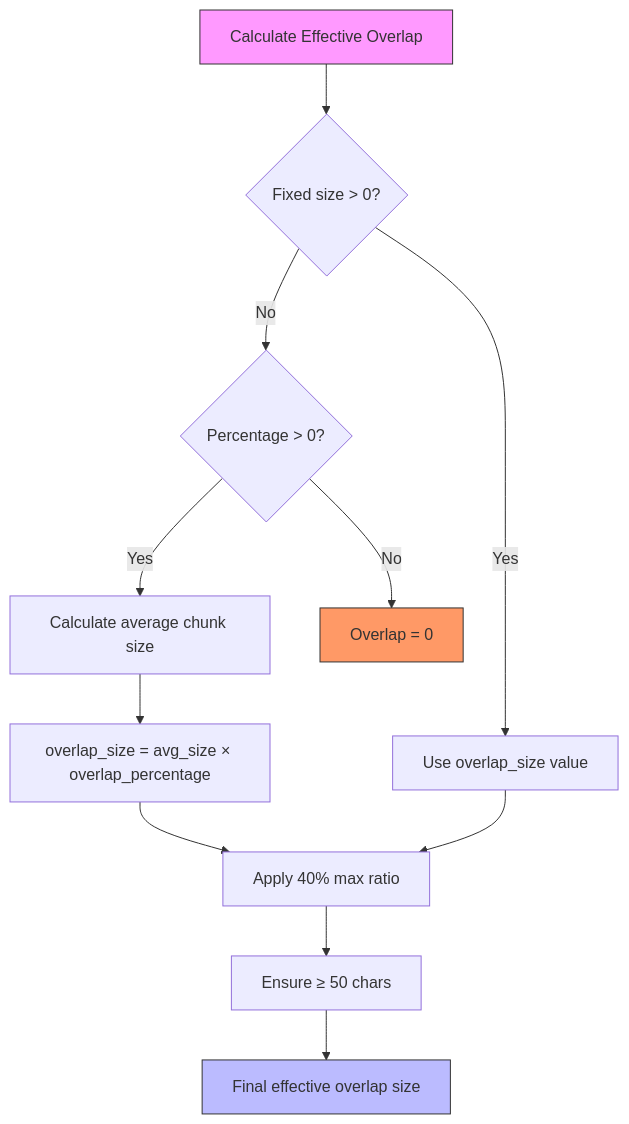
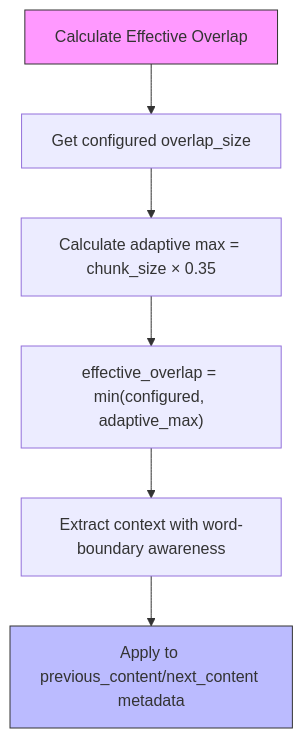
One commit to asukhodko/dify-markdown-chunker changed the third of 5 diagrams in .qoder/repowiki/en/content/Advanced Features/Overlap Management.md. Above: the diagram before and after it, drawn with Mermaid. The commit also changed other lines of this file and 5 other files, not shown here.

First line of the commit message:
feat(overlap): implement metadata-only adaptive overlap model

````diff
--- a/.qoder/repowiki/en/content/Advanced Features/Overlap Management.md
+++ b/.qoder/repowiki/en/content/Advanced Features/Overlap Management.md
@@ -136,16 +140,10 @@
 ```mermaid
 flowchart TD
-StartCalc["Calculate Effective Overlap"] --> CheckFixed{"Fixed size > 0?"}
-CheckFixed --> |Yes| UseFixed["Use overlap_size value"]
-CheckFixed --> |No| CheckPercentage{"Percentage > 0?"}
-CheckPercentage --> |Yes| CalculateAvg["Calculate average chunk size"]
-CalculateAvg --> ComputePct["overlap_size = avg_size × overlap_percentage"]
-ComputePct --> ApplyMax["Apply 40% max ratio"]
-ApplyMax --> MinCheck["Ensure ≥ 50 chars"]
-MinCheck --> FinalSize["Final effective overlap size"]
-UseFixed --> ApplyMax
-CheckPercentage --> |No| ZeroSize["Overlap = 0"]
+StartCalc["Calculate Effective Overlap"] --> GetConfigured["Get configured overlap_size"]
+GetConfigured --> CalculateAdaptive["Calculate adaptive max = chunk_size × 0.35"]
+CalculateAdaptive --> DetermineEffective["effective_overlap = min(configured, adaptive_max)"]
+DetermineEffective --> ExtractWithBoundaries["Extract context with word-boundary awareness"]
+ExtractWithBoundaries --> ApplyToMetadata["Apply to previous_content/next_content metadata"]
 style StartCalc fill:#f9f,stroke:#333
-style FinalSize fill:#bbf,stroke:#333
-style ZeroSize fill:#f96,stroke:#333
+style ApplyToMetadata fill:#bbf,stroke:#333
 ```
````
